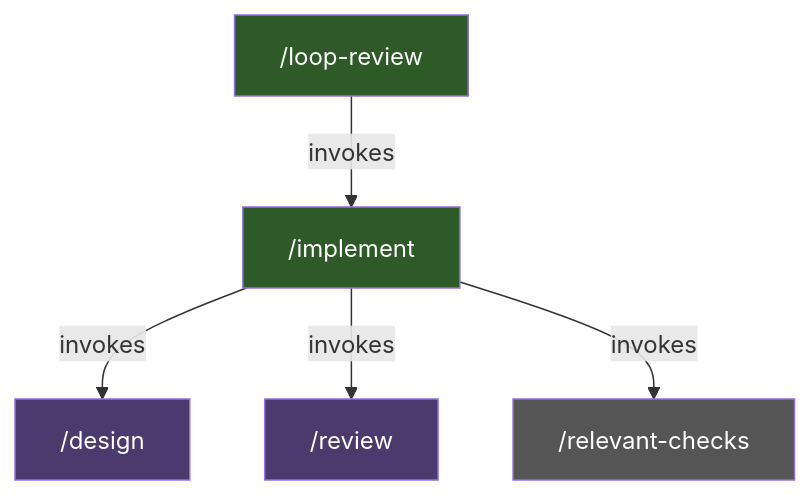
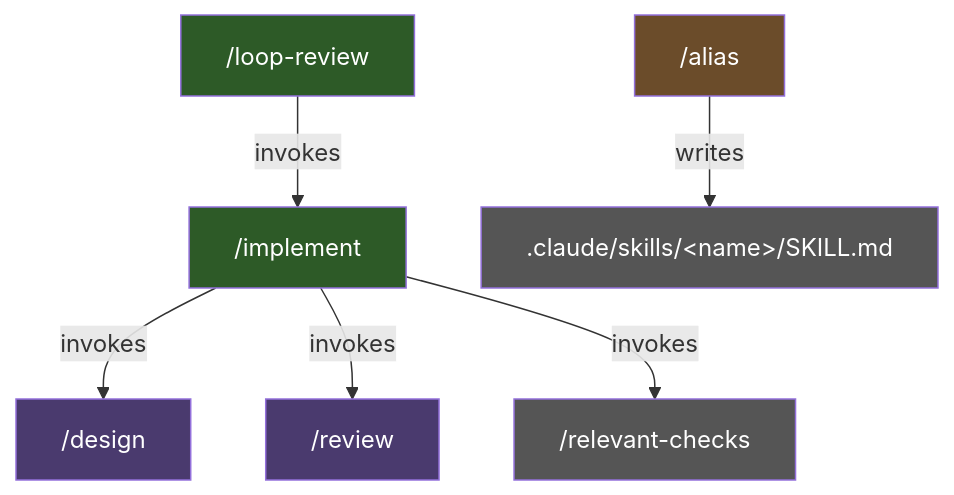
Before and after one commit to zhupanov/claudin: the first of 2 diagrams in docs/workflow-lifecycle.md, drawn with Mermaid. The commit also changed other lines of this file and 6 other files, not shown here.

First line of the commit message:
Add /alias skill for project-level alias shortcuts (#35)

````diff
--- a/docs/workflow-lifecycle.md
+++ b/docs/workflow-lifecycle.md
@@ -9,13 +9,16 @@
 ```mermaid
 graph TD
     IMPLEMENT["/implement"] -->|invokes| DESIGN["/design"]
     IMPLEMENT -->|invokes| REVIEW["/review"]
     IMPLEMENT -->|invokes| CHECKS["/relevant-checks"]
     LOOP["/loop-review"] -->|invokes| IMPLEMENT
+    ALIAS["/alias"] -->|writes| SKILL_FILE[".claude/skills/&lt;name&gt;/SKILL.md"]
 
     style IMPLEMENT fill:#2d5a27,color:#fff
     style LOOP fill:#2d5a27,color:#fff
     style DESIGN fill:#4a3a6e,color:#fff
     style REVIEW fill:#4a3a6e,color:#fff
     style CHECKS fill:#555,color:#fff
+    style ALIAS fill:#6b4c2a,color:#fff
+    style SKILL_FILE fill:#555,color:#fff
 ```
````
